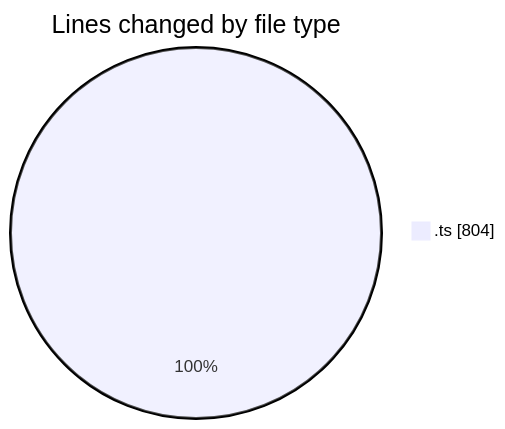
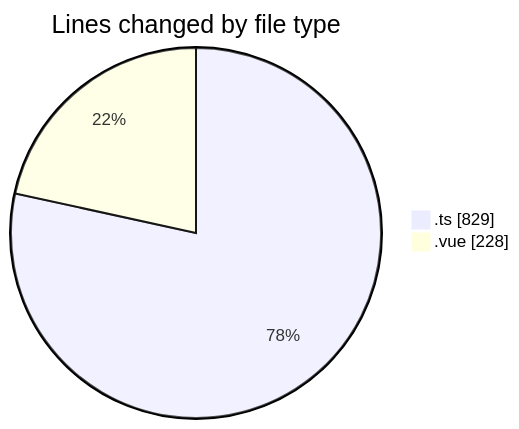
The first of 2 diagrams in 2025-03-13/lumine-web/README.md (robertbonfada/code-tracking), drawn with Mermaid before and after one commit. The commit also changed other lines of this file and 1 other file, not shown here.

````diff
--- a/2025-03-13/lumine-web/README.md
+++ b/2025-03-13/lumine-web/README.md
@@ -22,5 +23,6 @@
 ```mermaid
 pie showData
 title Lines changed by file type
-".ts" : 804
+".ts" : 829
+".vue" : 228
 ```
````
